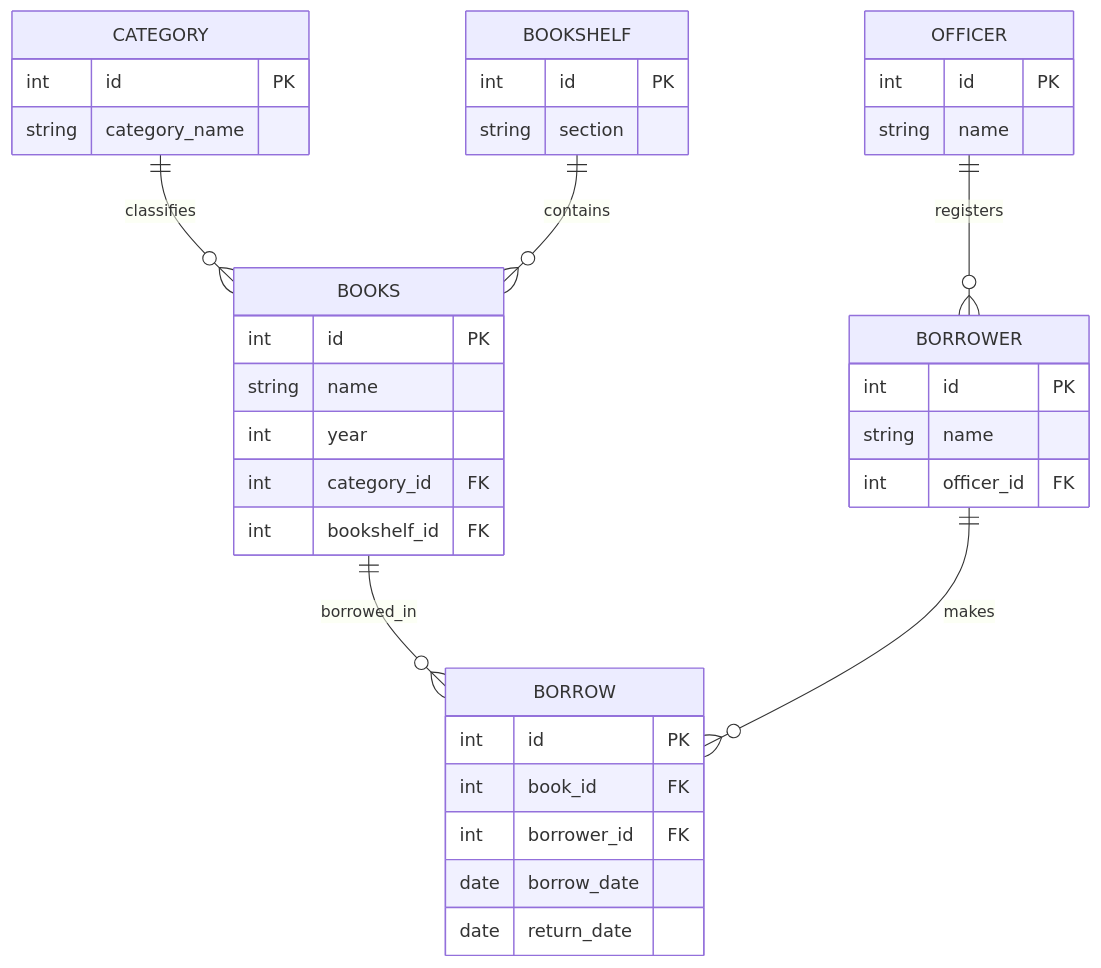
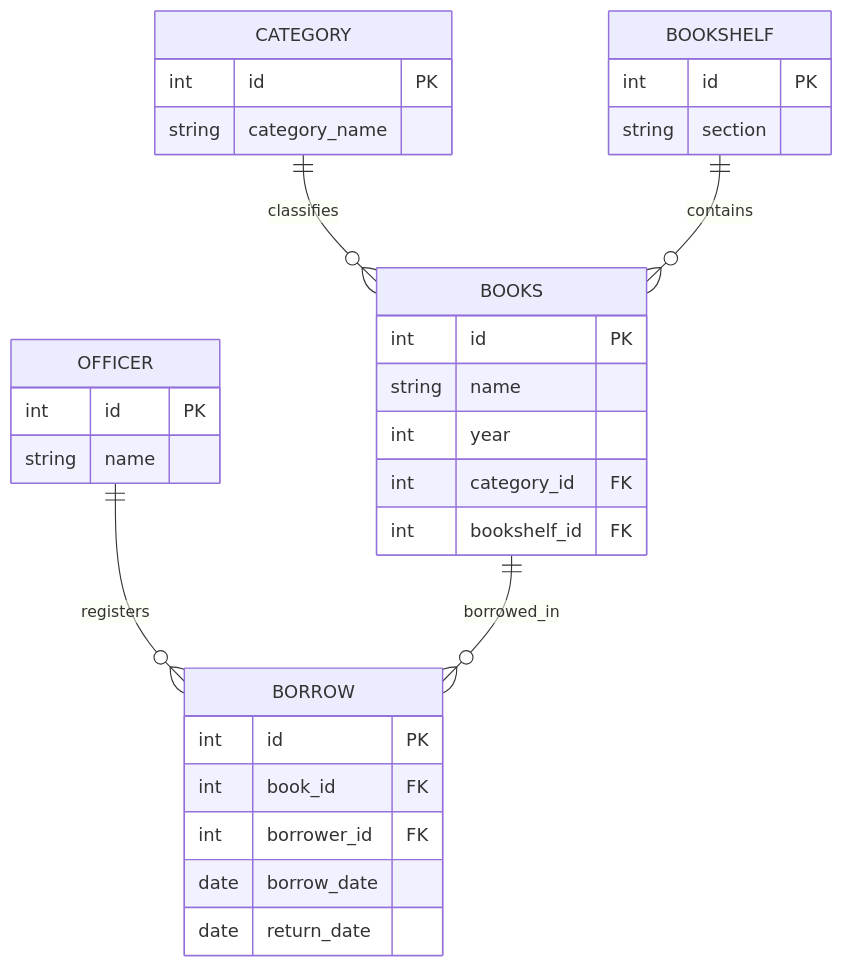
Before and after one commit to VirgilIw/koda-b5-db1: the diagram in MINITASK1.md, drawn with Mermaid.

Commit message:
fix: delete borrower
delete borrower

````diff
--- a/MINITASK1.md
+++ b/MINITASK1.md
@@ -3,47 +3,42 @@
 ```mermaid
 erDiagram
 
 BOOKS {
     int id PK
     string name
     int year
     int category_id FK
     int bookshelf_id FK
 }
 
 CATEGORY {
     int id PK
     string category_name
 }
 
 BOOKSHELF {
     int id PK
     string section
 }
 
 OFFICER {
     int id PK
     string name
 }
 
-BORROWER {
-    int id PK
-    string name
-    int officer_id FK
-}
+
 
 BORROW {
     int id PK
     int book_id FK
     int borrower_id FK
     date borrow_date
     date return_date
 }
 
 CATEGORY ||--o{ BOOKS : classifies
 BOOKSHELF ||--o{ BOOKS : contains
-OFFICER ||--o{ BORROWER : registers
+OFFICER ||--o{ BORROW : registers
 BOOKS ||--o{ BORROW : borrowed_in
-BORROWER ||--o{ BORROW : makes
 
 ```
````
